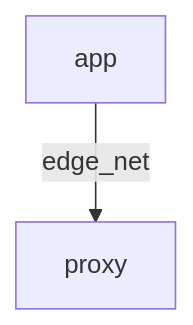
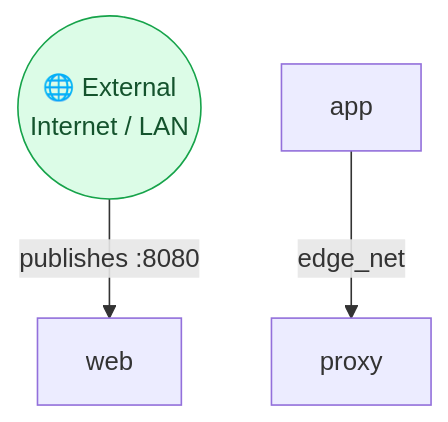
One commit to fa0311/docker-compose-map changed the fourth of 4 diagrams in tests/assets/render/compose-graph.md. Above: the diagram before and after it, drawn with Mermaid. The commit also changed 1 other file, not shown here.

````diff
--- a/tests/assets/render/compose-graph.md
+++ b/tests/assets/render/compose-graph.md
@@ -94,9 +94,15 @@
 ```mermaid
 graph TD
+  outside(("🌐 External<br/>Internet / LAN"))
   c__app["app"]
   c__proxy["proxy"]
+  v__app__web["web"]
 
   c__app -->|"edge_net"| c__proxy
 
+  outside -->|"publishes :8080"| v__app__web
+
   classDef net fill:#fef3c7,stroke:#d97706,color:#7c2d12;
+  classDef out fill:#dcfce7,stroke:#16a34a,color:#14532d;
+  class outside out;
 ```
````
